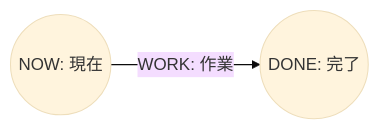
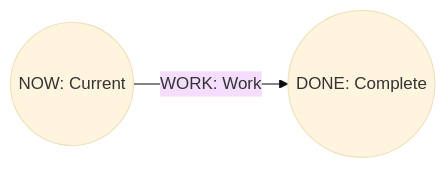
The diagram in docs/specs/mermaid-profile.md (mako10k/perttool), drawn with Mermaid (base theme) before and after one commit. The commit also changed other lines of this file and 32 other files, not shown here.

````diff
--- a/docs/specs/mermaid-profile.md
+++ b/docs/specs/mermaid-profile.md
@@ -77,13 +77,13 @@
 ```mermaid
 flowchart LR
   %% perttool:profile {"schema_version":"Perttool.MermaidProfile.v1","profile":"perttool","source_fidelity":"semantic-v1","record_count":4,"metadata_digest":"sha256:...","projection_digest":"sha256:...","projection":{"schema_version":"Perttool.MermaidProjection.v1","direction":"LR","analysis":"none","capacity_overrides":[]}}
   %% perttool:project {"id":"P",...}
   %% perttool:milestone {"id":"NOW",...}
   %% perttool:milestone {"id":"DONE",...}
   %% perttool:task {"id":"WORK",...}
   %% perttool:projection-begin
-  ptm_NOW(("NOW: 現在"))
-  ptm_DONE(("DONE: 完了"))
-  ptm_NOW -->|"WORK: 作業"| ptm_DONE
+  ptm_NOW(("NOW: Current"))
+  ptm_DONE(("DONE: Complete"))
+  ptm_NOW -->|"WORK: Work"| ptm_DONE
   %% perttool:projection-end
 ```
````
